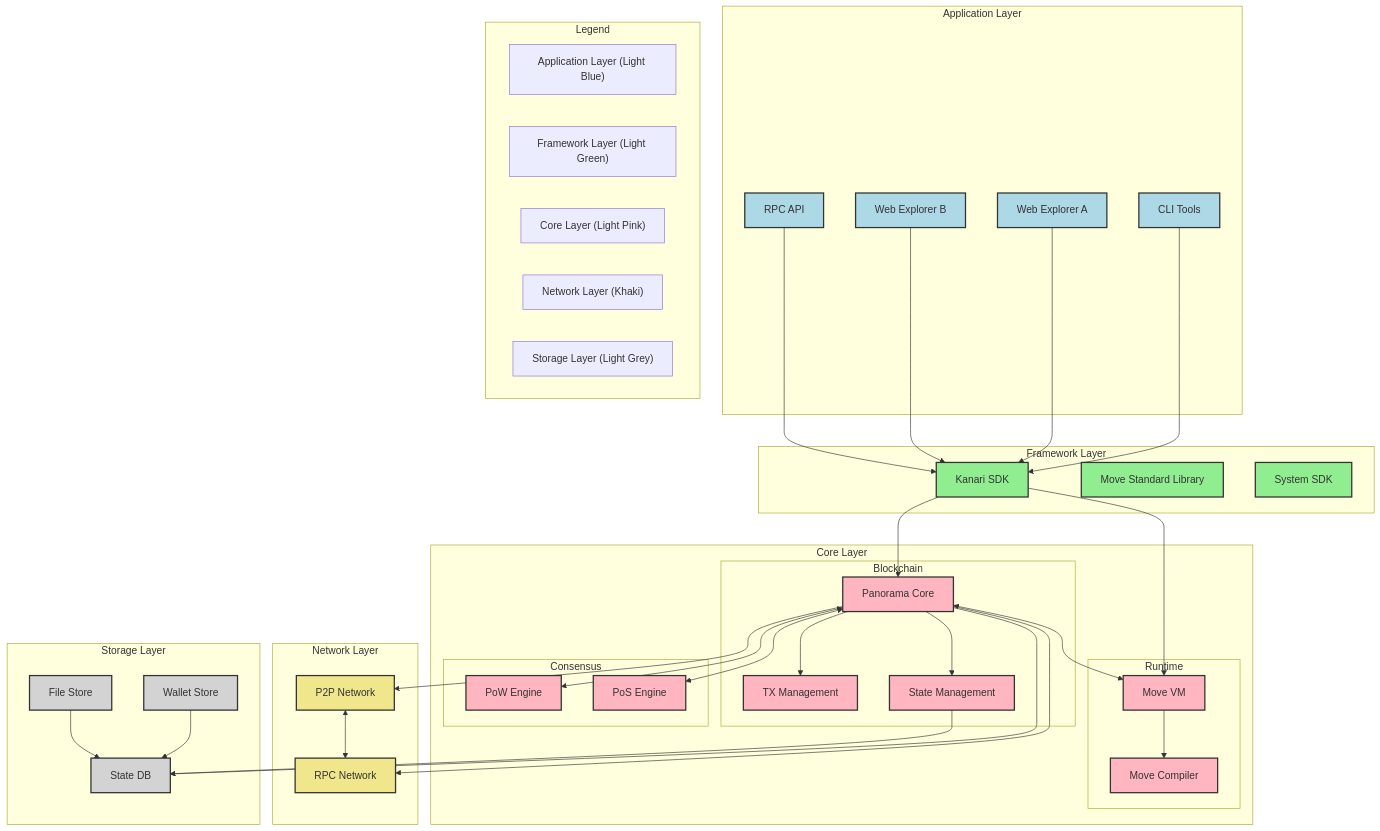
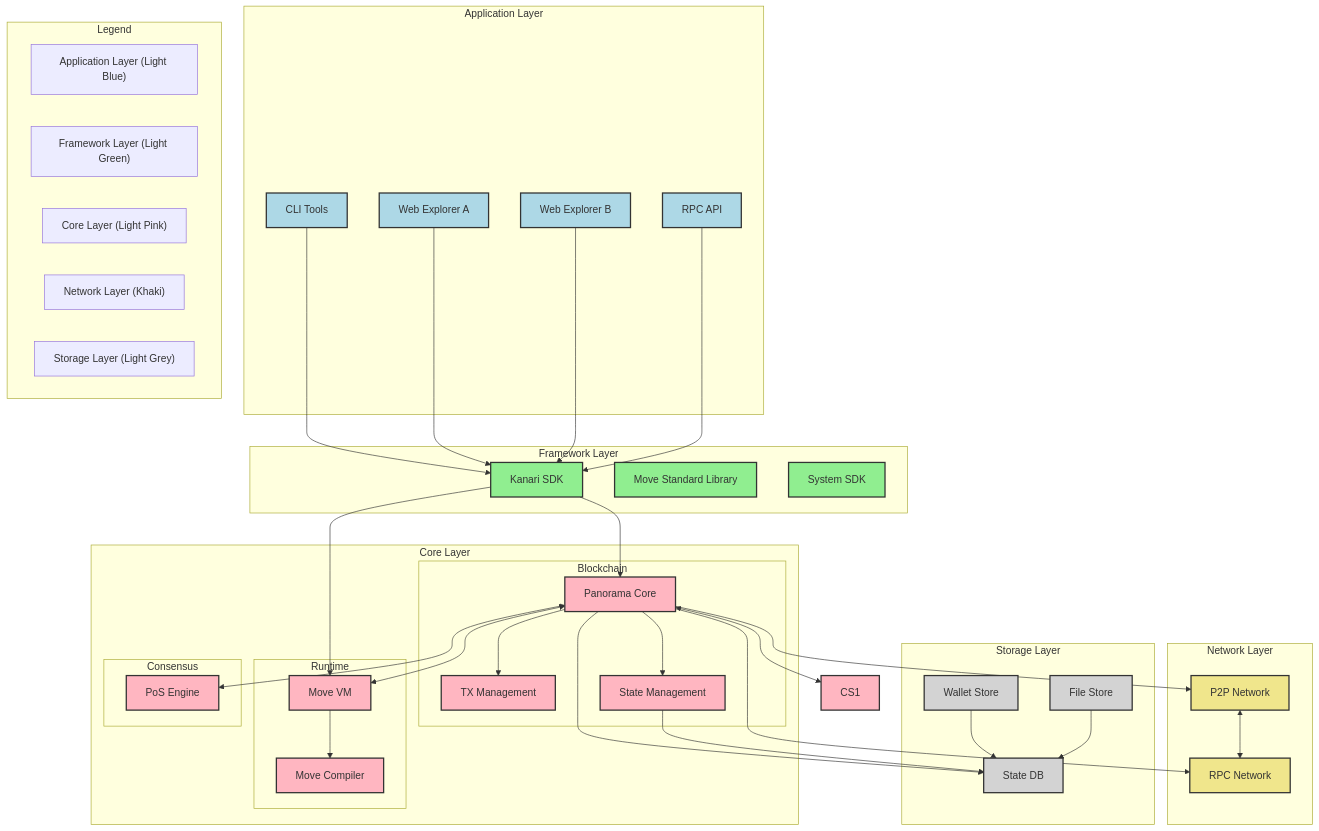
Before and after one commit to kanari-network/kanari-sdk: the diagram in README.md, drawn with Mermaid. The commit also changed 2 other files, not shown here.

Commit message:
fix: Remove commented-out PoW Engine from README and adjust .gitignore for clarity

```diff
--- a/README.md
+++ b/README.md
@@ -34,7 +34,6 @@
     end
     %% Consensus Sub-layer
     subgraph "Consensus"
-      CS1["PoW Engine"]
       CS2["PoS Engine"]
     end
   end
```
